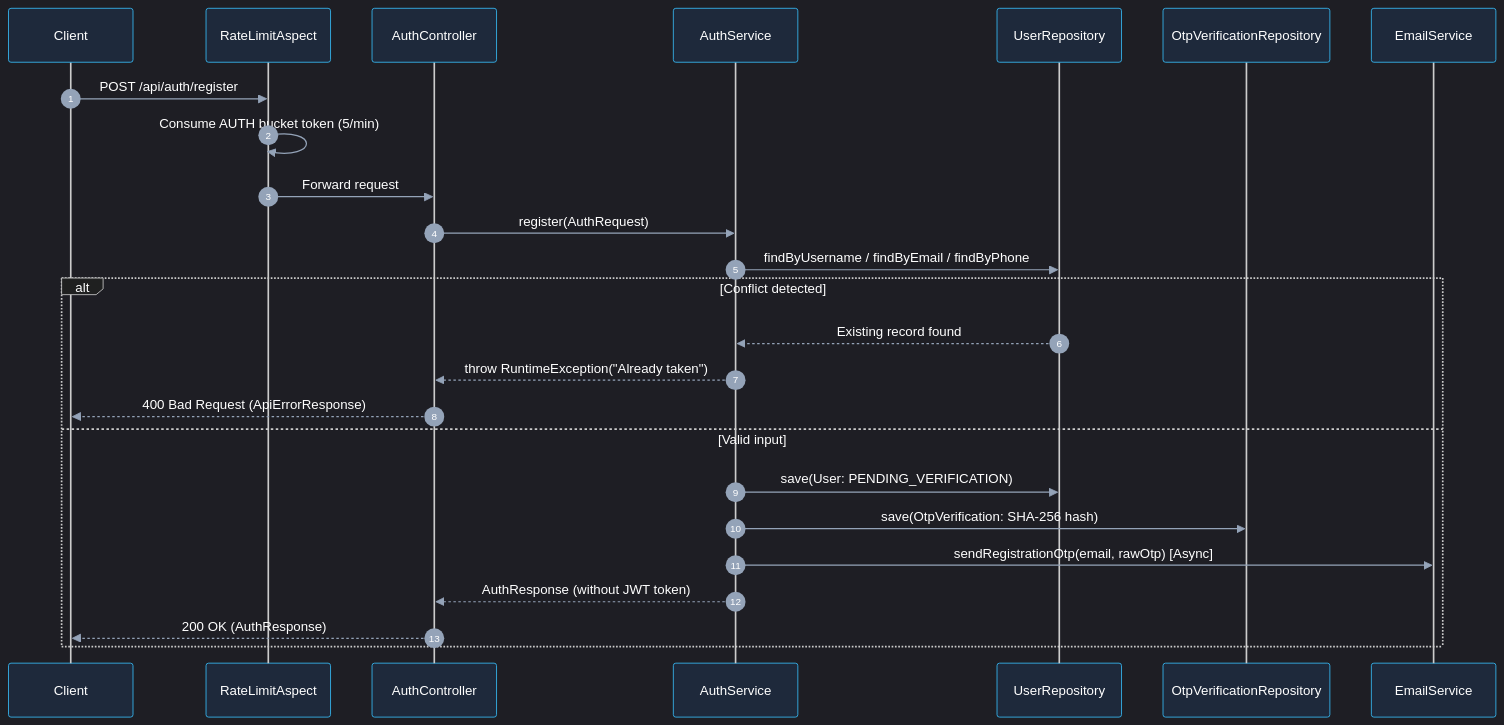
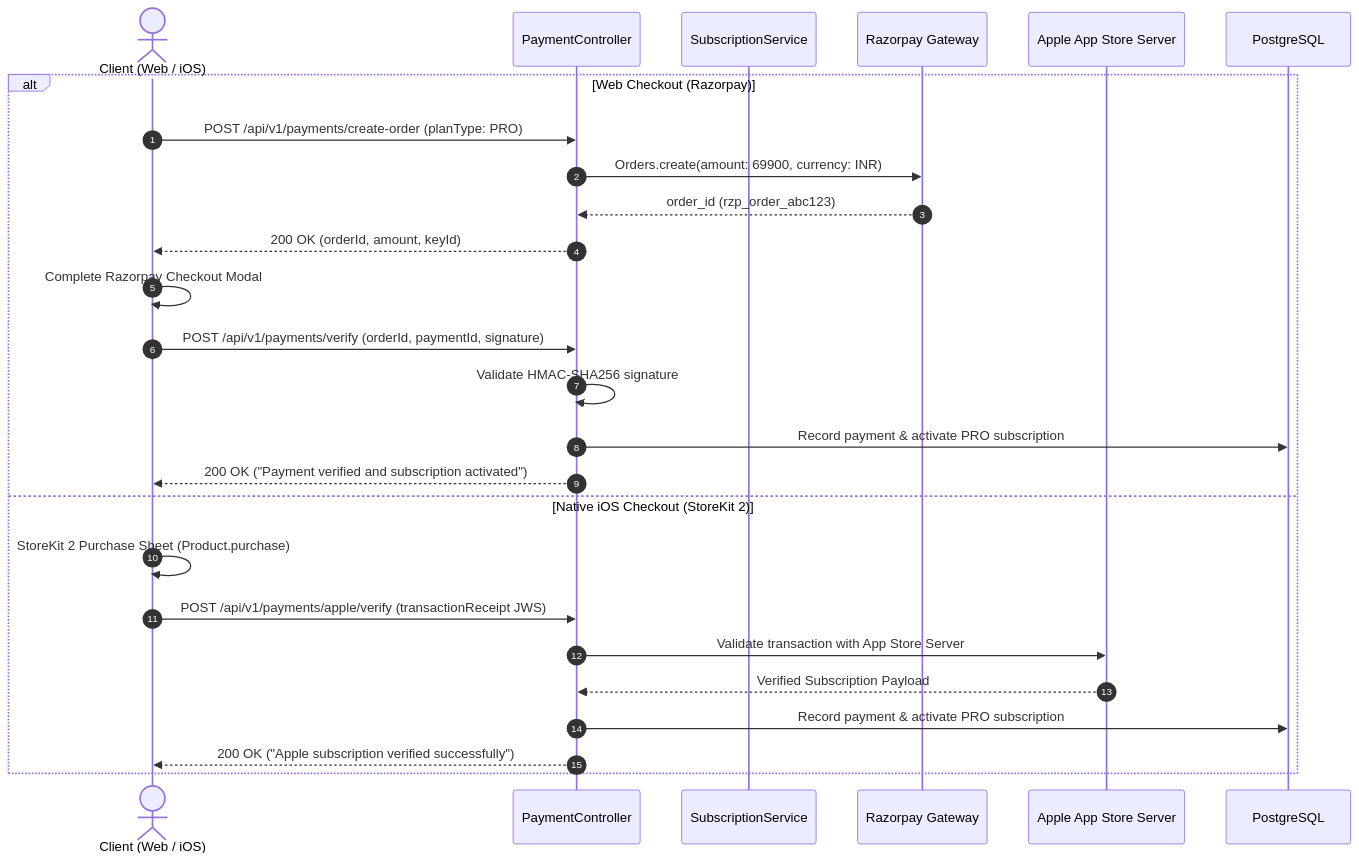
Before and after one commit to Mohitur669/speakit: the fourth of 4 diagrams in docs/architechture-and-guides/API-Spec.md, drawn with Mermaid. The commit also changed other lines of this file and 31 other files, not shown here.

First line of the commit message:
docs: comprehensive documentation audit, architecture discovery, and specification modernization (#104)

````diff
--- a/docs/architechture-and-guides/API-Spec.md
+++ b/docs/architechture-and-guides/API-Spec.md
@@ -337,29 +716,29 @@
 ```mermaid
-%%{init: {'theme': 'dark', 'themeVariables': {'textColor': '#ffffff', 'primaryTextColor': '#ffffff', 'actorTextColor': '#ffffff', 'actorBkg': '#1e293b', 'actorBorder': '#38bdf8', 'signalColor': '#94a3b8', 'signalTextColor': '#ffffff', 'labelTextColor': '#ffffff', 'loopTextColor': '#ffffff', 'noteTextColor': '#ffffff', 'noteBkgColor': '#0f172a', 'noteBorderColor': '#475569', 'activationBorderColor': '#38bdf8', 'activationBkgColor': '#334155', 'sequenceNumberColor': '#ffffff'}}}%%
 sequenceDiagram
     autonumber
-    participant C as Client
-    participant RL as RateLimitAspect
-    participant AC as AuthController
-    participant AS as AuthService
-    participant UR as UserRepository
-    participant OR as OtpVerificationRepository
-    participant ES as EmailService
+    actor User as Client (Web / iOS)
+    participant Ctrl as PaymentController
+    participant SubService as SubscriptionService
+    participant RzpSDK as Razorpay Gateway
+    participant AppleServer as Apple App Store Server
+    participant DB as PostgreSQL
 
-    C->>RL: POST /api/auth/register
-    RL->>RL: Consume AUTH bucket token (5/min)
-    RL->>AC: Forward request
-    AC->>AS: register(AuthRequest)
-    AS->>UR: findByUsername / findByEmail / findByPhone
-    alt Conflict detected
-        UR-->>AS: Existing record found
-        AS-->>AC: throw RuntimeException("Already taken")
-        AC-->>C: 400 Bad Request (ApiErrorResponse)
-    else Valid input
-        AS->>UR: save(User: PENDING_VERIFICATION)
-        AS->>OR: save(OtpVerification: SHA-256 hash)
-        AS->>ES: sendRegistrationOtp(email, rawOtp) [Async]
-        AS-->>AC: AuthResponse (without JWT token)
-        AC-->>C: 200 OK (AuthResponse)
+    alt Web Checkout (Razorpay)
+        User->>Ctrl: POST /api/v1/payments/create-order (planType: PRO)
+        Ctrl->>RzpSDK: Orders.create(amount: 69900, currency: INR)
+        RzpSDK-->>Ctrl: order_id (rzp_order_abc123)
+        Ctrl-->>User: 200 OK (orderId, amount, keyId)
+        User->>User: Complete Razorpay Checkout Modal
+        User->>Ctrl: POST /api/v1/payments/verify (orderId, paymentId, signature)
+        Ctrl->>Ctrl: Validate HMAC-SHA256 signature
+        Ctrl->>DB: Record payment & activate PRO subscription
+        Ctrl-->>User: 200 OK ("Payment verified and subscription activated")
+    else Native iOS Checkout (StoreKit 2)
+        User->>User: StoreKit 2 Purchase Sheet (Product.purchase)
+        User->>Ctrl: POST /api/v1/payments/apple/verify (transactionReceipt JWS)
+        Ctrl->>AppleServer: Validate transaction with App Store Server
+        AppleServer-->>Ctrl: Verified Subscription Payload
+        Ctrl->>DB: Record payment & activate PRO subscription
+        Ctrl-->>User: 200 OK ("Apple subscription verified successfully")
     end
 ```
````
